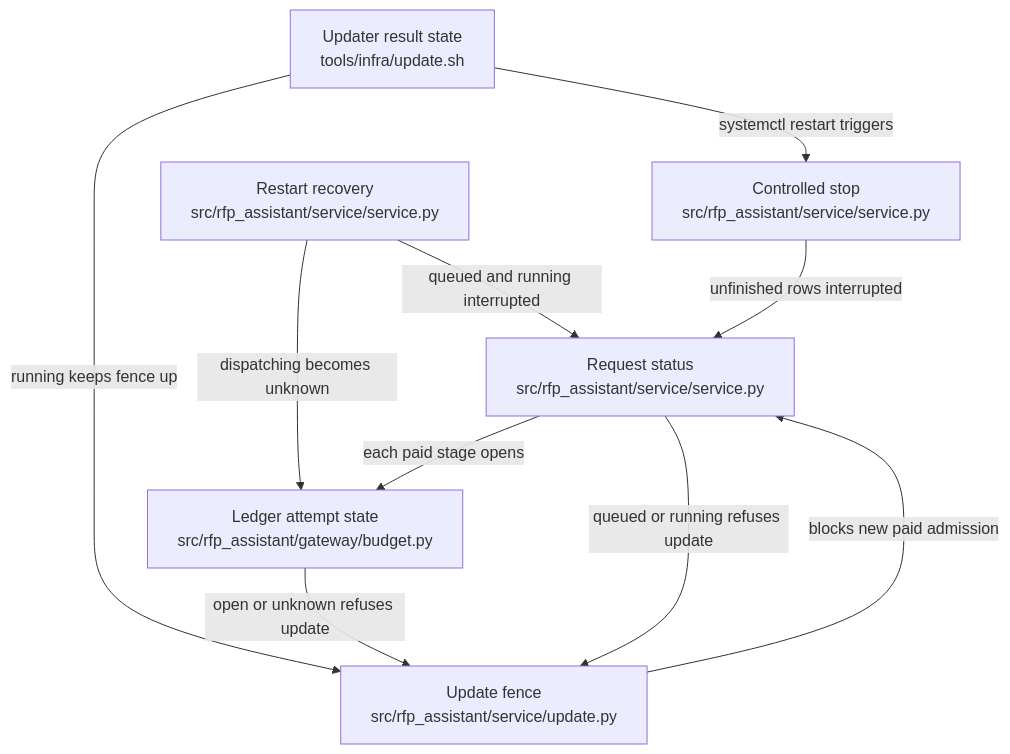
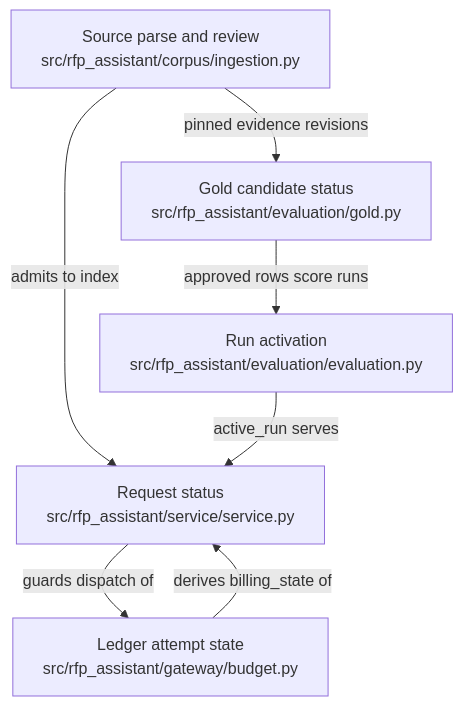
One commit to littleeeeebit/project-codeit-mid changed the diagram in .omm/state-transitions/diagram.mmd. Above: the diagram before and after it, drawn with Mermaid. The commit also changed 384 other files, not shown here.

```diff
--- a/.omm/state-transitions/diagram.mmd
+++ b/.omm/state-transitions/diagram.mmd
@@ -1,16 +1,7 @@
 graph TD
-  request-states["Request status\nsrc/rfp_assistant/service/service.py"]
-  attempt-states["Ledger attempt state\nsrc/rfp_assistant/gateway/budget.py"]
-  update-states["Updater result state\ntools/infra/update.sh"]
-  update-fence["Update fence\nsrc/rfp_assistant/service/update.py"]
-  controlled-shutdown["Controlled stop\nsrc/rfp_assistant/service/service.py"]
-  restart-recovery["Restart recovery\nsrc/rfp_assistant/service/service.py"]
-  request-states -->|each paid stage opens| attempt-states
-  attempt-states -->|open or unknown refuses update| update-fence
-  request-states -->|queued or running refuses update| update-fence
-  update-states -->|running keeps fence up| update-fence
-  update-fence -->|blocks new paid admission| request-states
-  update-states -->|systemctl restart triggers| controlled-shutdown
-  controlled-shutdown -->|unfinished rows interrupted| request-states
-  restart-recovery -->|dispatching becomes unknown| attempt-states
-  restart-recovery -->|queued and running interrupted| request-states
+  request-states["Request status\nsrc/rfp_assistant/service/service.py"] -->|guards dispatch of| attempt-states["Ledger attempt state\nsrc/rfp_assistant/gateway/budget.py"]
+  attempt-states -->|derives billing_state of| request-states
+  source-states["Source parse and review\nsrc/rfp_assistant/corpus/ingestion.py"] -->|admits to index| request-states
+  gold-states["Gold candidate status\nsrc/rfp_assistant/evaluation/gold.py"] -->|approved rows score runs| run-selection["Run activation\nsrc/rfp_assistant/evaluation/evaluation.py"]
+  run-selection -->|active_run serves| request-states
+  source-states -->|pinned evidence revisions| gold-states
```
